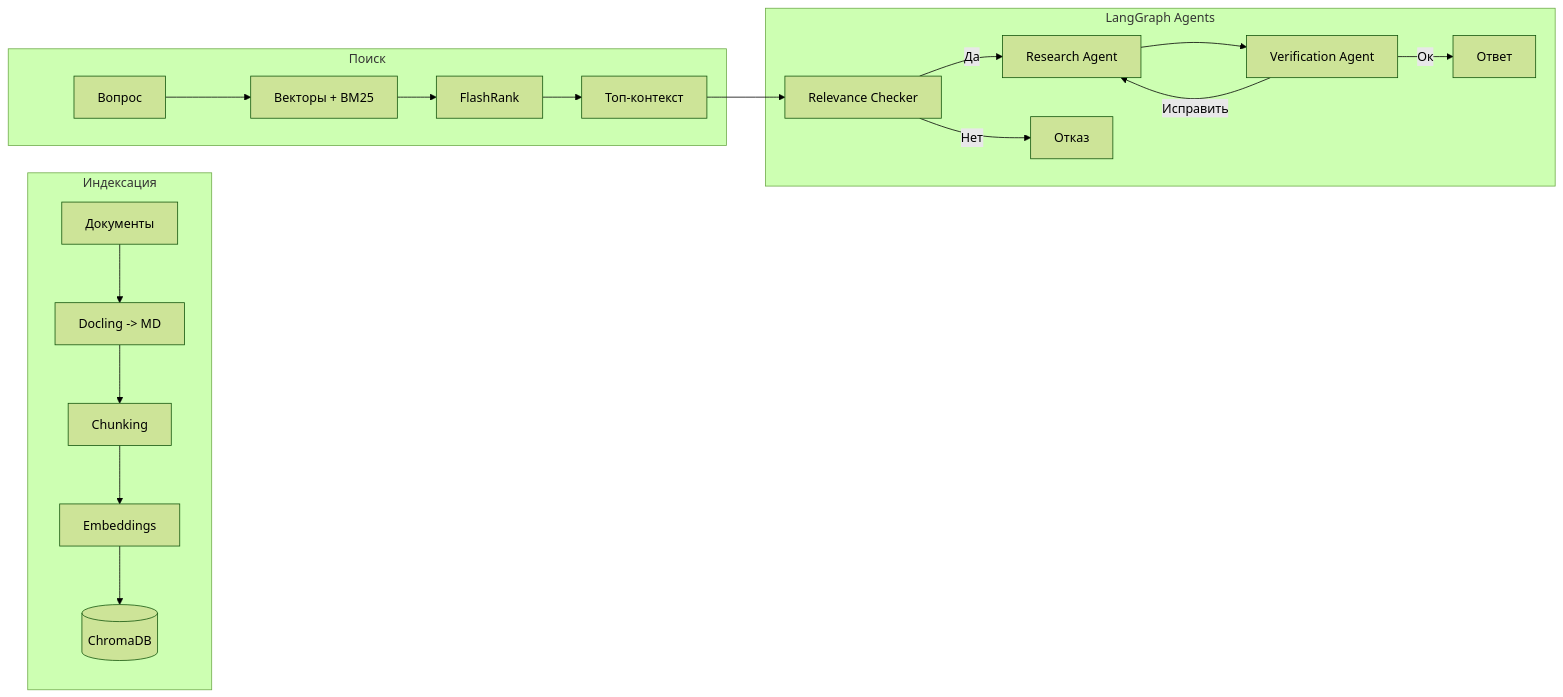
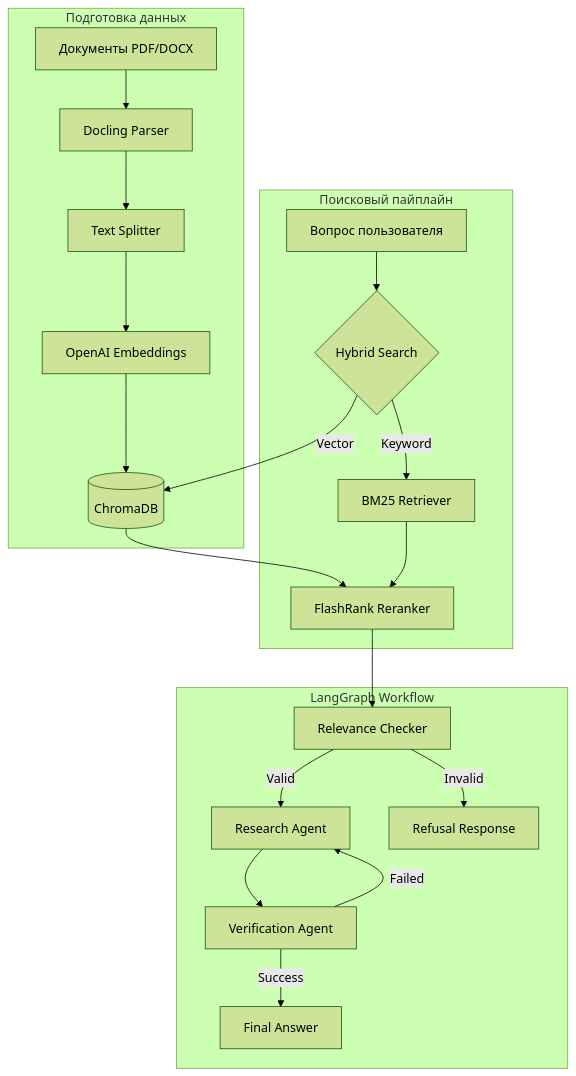
Before and after one commit to spqr-86/safety-incident-analyzer: the diagram in README.md, drawn with Mermaid (forest theme). The commit also changed other lines of this file, not shown here.

````diff
--- a/README.md
+++ b/README.md
@@ -97,24 +23,25 @@
 ```mermaid
-flowchart LR
-    subgraph Ingestion[Индексация]
-        Docs[Документы] --> Docling[Docling -> MD]
-        Docling --> Split[Chunking]
-        Split --> Embed[Embeddings]
+flowchart TD
+    subgraph Ingestion [Подготовка данных]
+        Docs[Документы PDF/DOCX] --> Docling[Docling Parser]
+        Docling --> Split[Text Splitter]
+        Split --> Embed[OpenAI Embeddings]
         Embed --> DB[(ChromaDB)]
     end
 
-    subgraph Retrieval[Поиск]
-        Query[Вопрос] --> Hybrid[Векторы + BM25]
-        Hybrid --> Rerank[FlashRank]
-        Rerank --> Context[Топ-контекст]
+    subgraph RAG [Поисковый пайплайн]
+        Query[Вопрос пользователя] --> Search{Hybrid Search}
+        Search --> |Vector| DB
+        Search --> |Keyword| BM25[BM25 Retriever]
+        DB & BM25 --> Rerank[FlashRank Reranker]
     end
 
-    subgraph Agents[LangGraph Agents]
-        Context --> RC[Relevance Checker]
-        RC -->|Да| RA[Research Agent]
-        RC -->|Нет| Stop[Отказ]
-        RA --> VA[Verification Agent]
-        VA -->|Ок| Answer[Ответ]
-        VA -->|Исправить| RA
+    subgraph Agents [LangGraph Workflow]
+        Rerank --> RC[Relevance Checker]
+        RC -->|Valid| Research[Research Agent]
+        RC -->|Invalid| Stop[Refusal Response]
+        Research --> Verify[Verification Agent]
+        Verify -->|Success| Final[Final Answer]
+        Verify -->|Failed| Research
     end
 ```
````
